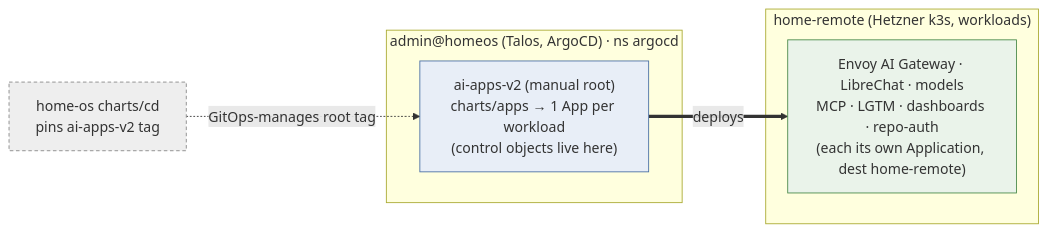
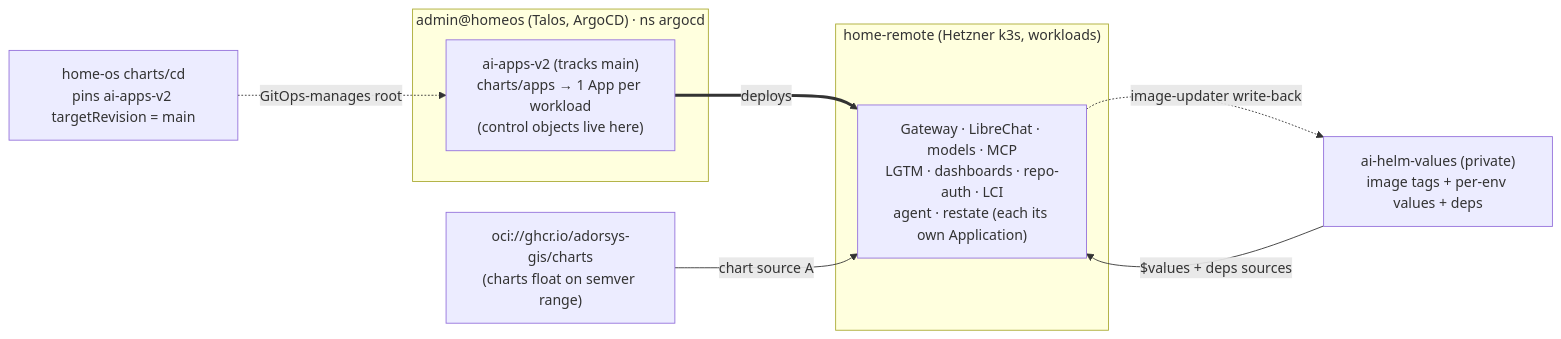
The eighth of 10 diagrams in docs/arc42.md (ADORSYS-GIS/ai-helm), drawn with Mermaid before and after one commit. The commit also changed other lines of this file, not shown here.

First line of the commit message:
docs(arc42): refresh to continuous-delivery steady state; uncolor + add diagrams

````diff
--- a/docs/arc42.md
+++ b/docs/arc42.md
@@ -239,17 +322,18 @@
 ```mermaid
 flowchart LR
     subgraph cp["admin@homeos (Talos, ArgoCD) · ns argocd"]
-        ROOT["ai-apps-v2 (manual root)<br/>charts/apps → 1 App per workload<br/>(control objects live here)"]:::ctrl
+        ROOT["ai-apps-v2 (tracks main)<br/>charts/apps → 1 App per workload<br/>(control objects live here)"]
     end
     subgraph wl["home-remote (Hetzner k3s, workloads)"]
-        W["Envoy AI Gateway · LibreChat · models<br/>MCP · LGTM · dashboards · repo-auth<br/>(each its own Application, dest home-remote)"]:::own
+        W["Gateway · LibreChat · models · MCP<br/>LGTM · dashboards · repo-auth · LCI<br/>agent · restate (each its own Application)"]
     end
-    HO["home-os charts/cd<br/>pins ai-apps-v2 tag"]:::ext
+    HO["home-os charts/cd<br/>pins ai-apps-v2 targetRevision = main"]
+    OCI["oci://ghcr.io/adorsys-gis/charts<br/>(charts float on semver range)"]
+    VAL["ai-helm-values (private)<br/>image tags + per-env values + deps"]
 
-    HO -.->|GitOps-manages root tag| ROOT
+    HO -.->|GitOps-manages root| ROOT
     ROOT ==>|deploys| W
-
-    classDef own fill:#eaf3ea,stroke:#4a8a4a;
-    classDef ctrl fill:#e8eef7,stroke:#4a6fa5;
-    classDef ext fill:#eee,stroke:#888,stroke-dasharray:4 3;
+    OCI -->|chart source A| W
+    VAL -->|$values + deps sources| W
+    W -.->|image-updater write-back| VAL
 ```
````
